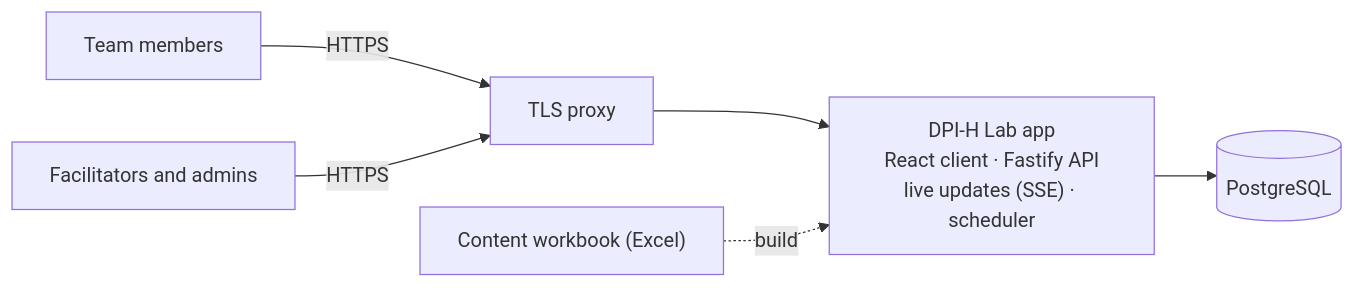
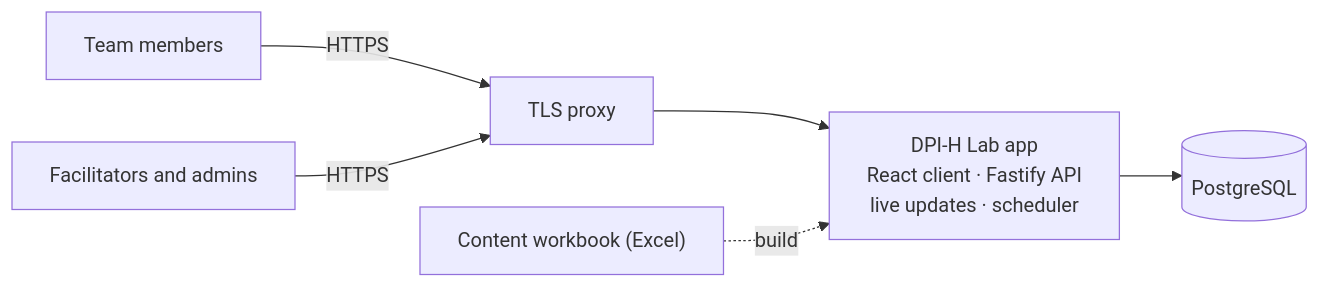
One commit to sscproject/dpi-h-lab changed the diagram in README.md. Above: the diagram before and after it, drawn with Mermaid. The commit also changed other lines of this file and 4 other files, not shown here.

````diff
--- a/README.md
+++ b/README.md
@@ -39,8 +42,8 @@
 ```mermaid
 flowchart LR
   P["Team members"] -- HTTPS --> C["TLS proxy"]
   F["Facilitators and admins"] -- HTTPS --> C
-  C --> App["DPI-H Lab app<br/>React client · Fastify API<br/>live updates (SSE) · scheduler"]
+  C --> App["DPI-H Lab app<br/>React client · Fastify API<br/>live updates · scheduler"]
   App --> DB[("PostgreSQL")]
   K["Content workbook (Excel)"] -. build .-> App
 ```
````
